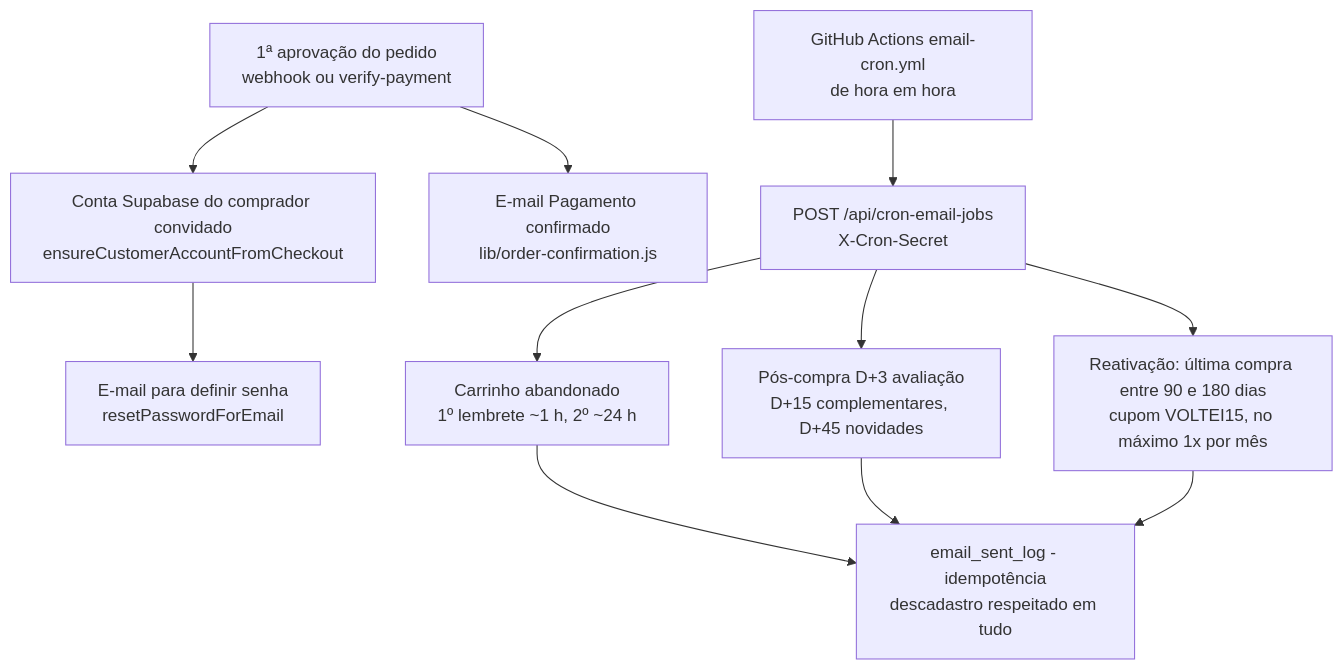
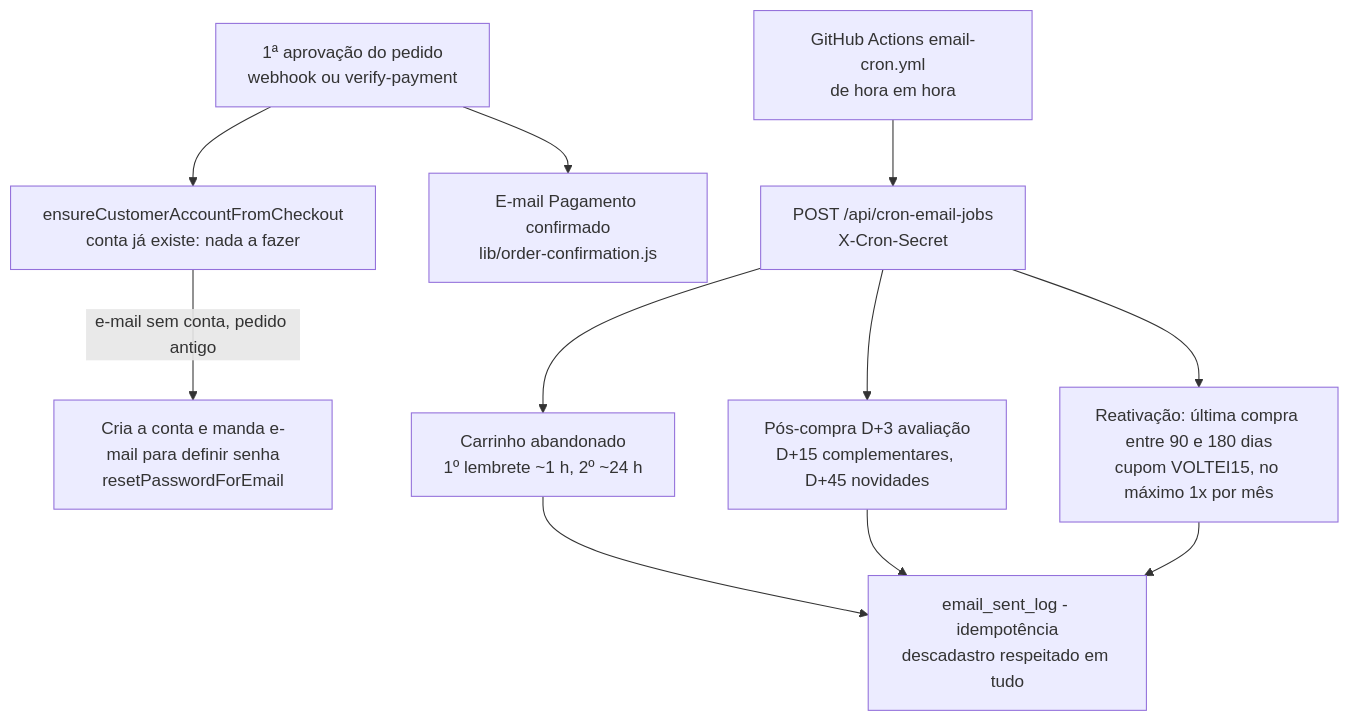
The eighth of 17 diagrams in docs/05-FLUXOS.md (JoaoLuisC/Atelie-escolar), drawn with Mermaid before and after one commit. The commit also changed other lines of this file and 95 other files, not shown here.

````diff
--- a/docs/05-FLUXOS.md
+++ b/docs/05-FLUXOS.md
@@ -233,12 +290,12 @@
 ```mermaid
 flowchart TD
-    A[1ª aprovação do pedido<br/>webhook ou verify-payment] --> A1[Conta Supabase do comprador convidado<br/>ensureCustomerAccountFromCheckout]
-    A1 --> A2[E-mail para definir senha<br/>resetPasswordForEmail]
+    A[1ª aprovação do pedido<br/>webhook ou verify-payment] --> A1[ensureCustomerAccountFromCheckout<br/>conta já existe: nada a fazer]
+    A1 -->|e-mail sem conta, pedido antigo| A2[Cria a conta e manda e-mail para definir senha<br/>resetPasswordForEmail]
     A --> A3[E-mail Pagamento confirmado<br/>lib/order-confirmation.js]
 
     C[GitHub Actions email-cron.yml<br/>de hora em hora] --> D[POST /api/cron-email-jobs<br/>X-Cron-Secret]
     D --> E[Carrinho abandonado<br/>1º lembrete ~1 h, 2º ~24 h]
     D --> F[Pós-compra D+3 avaliação<br/>D+15 complementares, D+45 novidades]
     D --> G[Reativação: última compra entre 90 e 180 dias<br/>cupom VOLTEI15, no máximo 1x por mês]
     E & F & G --> H[email_sent_log - idempotência<br/>descadastro respeitado em tudo]
 ```
````
